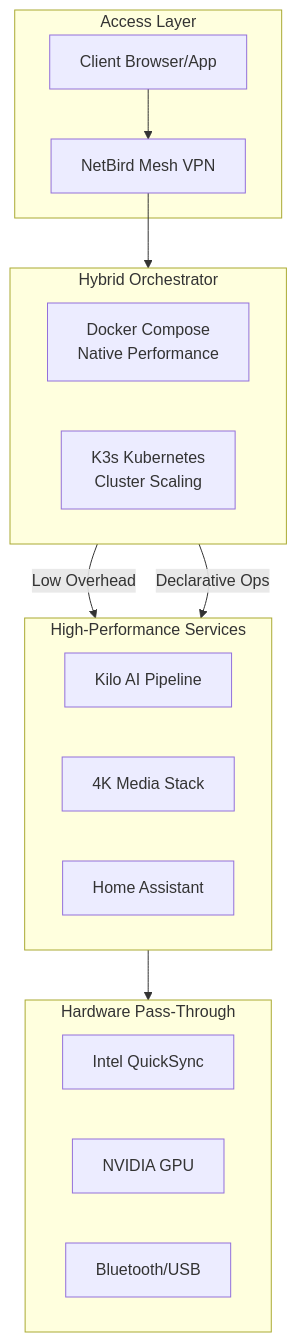
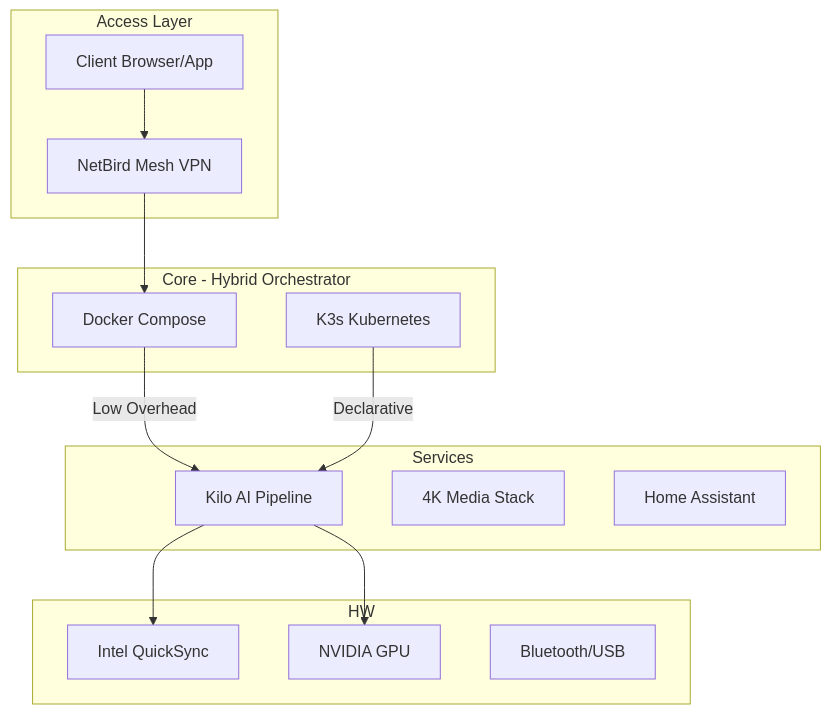
One commit to oweibor/homelab changed the second of 4 diagrams in README.md. Above: the diagram before and after it, drawn with Mermaid. The commit also changed other lines of this file and 1 other file, not shown here.

Commit message:
Fix Mermaid diagram syntax errors and update markdownlint config

````diff
--- a/README.md
+++ b/README.md
@@ -282,31 +284,32 @@
 ```mermaid
 graph TB
     subgraph UI ["Access Layer"]
         User["Client Browser/App"]
         VPN["NetBird Mesh VPN"]
     end
-
-    subgraph Core ["Hybrid Orchestrator"]
-        direction LR
-        Docker["Docker Compose<br/>Native Performance"]
-        K3s["K3s Kubernetes<br/>Cluster Scaling"]
+  
+    subgraph Core - Hybrid Orchestrator
+        Docker["Docker Compose"]
+        K3s["K3s Kubernetes"]
     end
-
-    subgraph Services ["High-Performance Services"]
+  
+    subgraph Services
         AI["Kilo AI Pipeline"]
         Media["4K Media Stack"]
         Home["Home Assistant"]
     end
-
-    subgraph HW ["Hardware Pass-Through"]
+  
+    subgraph HW
         QS["Intel QuickSync"]
         NV["NVIDIA GPU"]
         BT["Bluetooth/USB"]
     end
 
     User --> VPN
     VPN --> Docker
-    Docker -->|Low Overhead| Services
-    K3s -->|Declarative Ops| Services
-    Services --> HW
+    Docker -->|Low Overhead| AI
+    K3s -->|Declarative| AI
+    AI --> QS
+    AI --> NV
+
 ```
````
